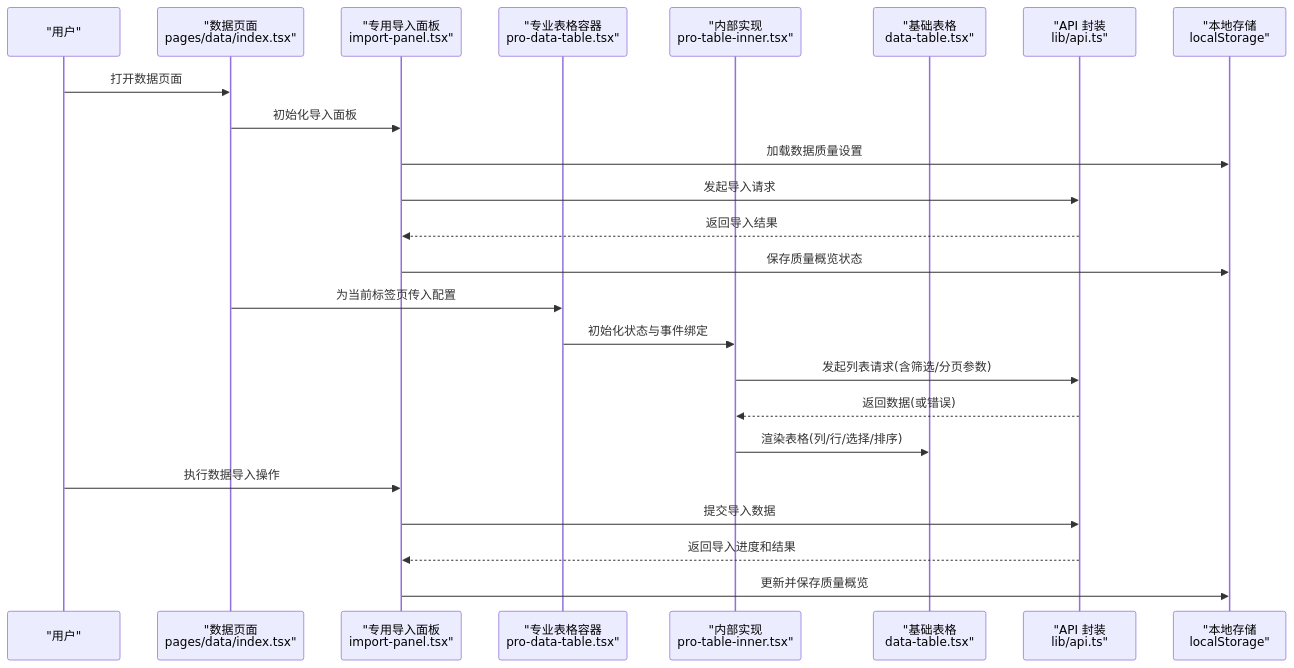
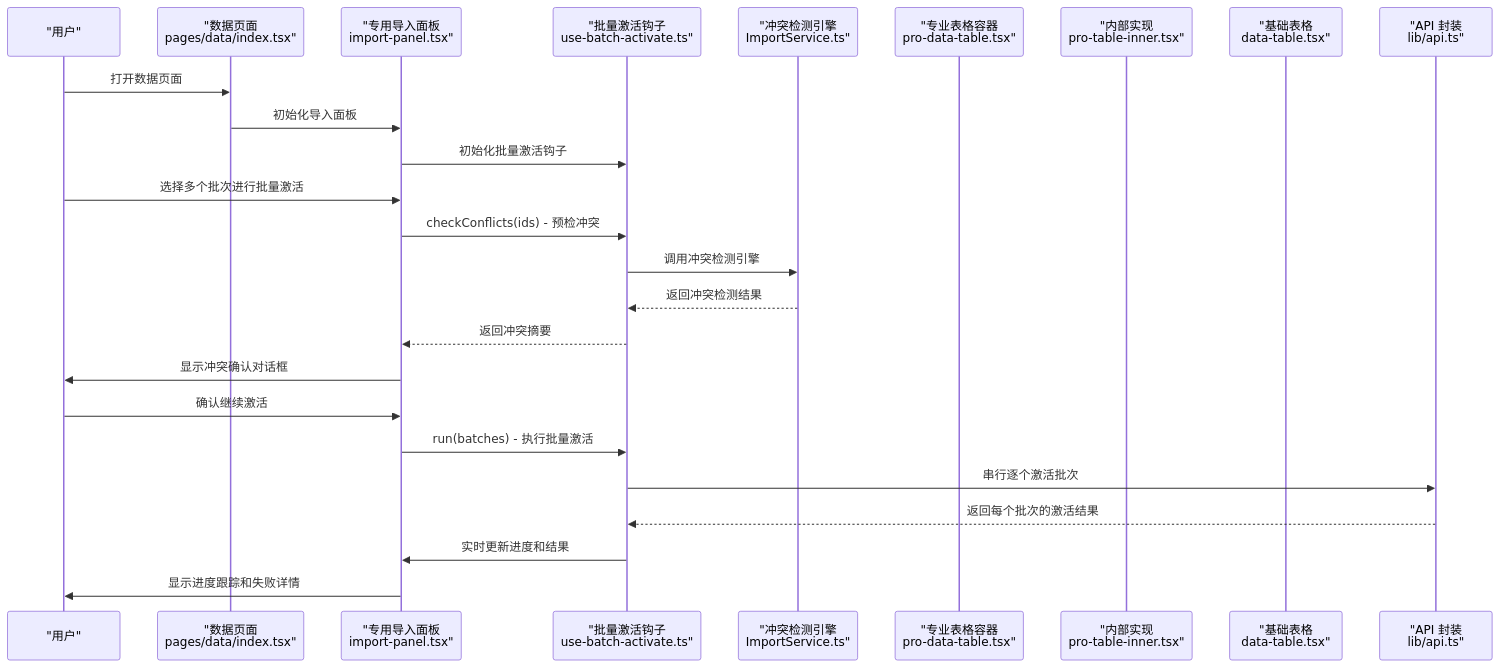
One commit to Damao997/newproject changed the second of 4 diagrams in .qoder/repowiki/zh/content/页面组件/数据管理页面/数据管理页面.md. Above: the diagram before and after it, drawn with Mermaid. The commit also changed other lines of this file and 24 other files, not shown here.

````diff
--- a/.qoder/repowiki/zh/content/页面组件/数据管理页面/数据管理页面.md
+++ b/.qoder/repowiki/zh/content/页面组件/数据管理页面/数据管理页面.md
@@ -139,26 +160,27 @@
 ```mermaid
 sequenceDiagram
 participant U as "用户"
 participant P as "数据页面<br/>pages/data/index.tsx"
 participant IP as "专用导入面板<br/>import-panel.tsx"
+participant BA as "批量激活钩子<br/>use-batch-activate.ts"
+participant CE as "冲突检测引擎<br/>ImportService.ts"
 participant PT as "专业表格容器<br/>pro-data-table.tsx"
 participant PI as "内部实现<br/>pro-table-inner.tsx"
 participant DT as "基础表格<br/>data-table.tsx"
 participant API as "API 封装<br/>lib/api.ts"
-participant LS as "本地存储<br/>localStorage"
 U->>P : 打开数据页面
 P->>IP : 初始化导入面板
-IP->>LS : 加载数据质量设置
-IP->>API : 发起导入请求
-API-->>IP : 返回导入结果
-IP->>LS : 保存质量概览状态
-P->>PT : 为当前标签页传入配置
-PT->>PI : 初始化状态与事件绑定
-PI->>API : 发起列表请求(含筛选/分页参数)
-API-->>PI : 返回数据(或错误)
-PI->>DT : 渲染表格(列/行/选择/排序)
-U->>IP : 执行数据导入操作
-IP->>API : 提交导入数据
-API-->>IP : 返回导入进度和结果
-IP->>LS : 更新并保存质量概览
+IP->>BA : 初始化批量激活钩子
+U->>IP : 选择多个批次进行批量激活
+IP->>BA : checkConflicts(ids) - 预检冲突
+BA->>CE : 调用冲突检测引擎
+CE-->>BA : 返回冲突检测结果
+BA-->>IP : 返回冲突摘要
+IP->>U : 显示冲突确认对话框
+U->>IP : 确认继续激活
+IP->>BA : run(batches) - 执行批量激活
+BA->>API : 串行逐个激活批次
+API-->>BA : 返回每个批次的激活结果
+BA->>IP : 实时更新进度和结果
+IP->>U : 显示进度跟踪和失败详情
 ```
````
